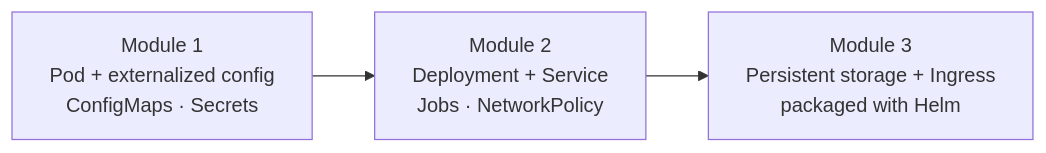
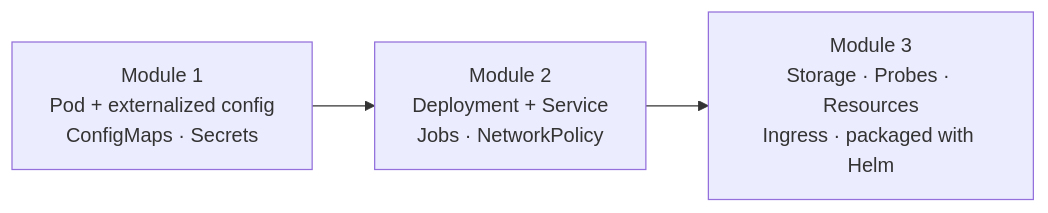
Before and after one commit to mithun100/ckad-workshop: the diagram in docs/how-it-works.md, drawn with Mermaid. The commit also changed other lines of this file and 18 other files, not shown here.

First line of the commit message:
Add Module 3: Storage, Ingress & Helm (+ exam strategy mock exam)

````diff
--- a/docs/how-it-works.md
+++ b/docs/how-it-works.md
@@ -39,6 +39,6 @@
 ```mermaid
 flowchart LR
     A["Module 1<br/>Pod + externalized config<br/>ConfigMaps · Secrets"]
       --> B["Module 2<br/>Deployment + Service<br/>Jobs · NetworkPolicy"]
-      --> C["Module 3<br/>Persistent storage + Ingress<br/>packaged with Helm"]
+      --> C["Module 3<br/>Storage · Probes · Resources<br/>Ingress · packaged with Helm"]
 ```
````
